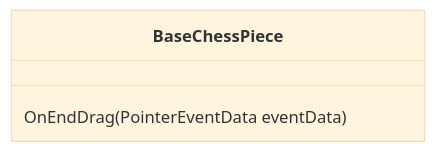
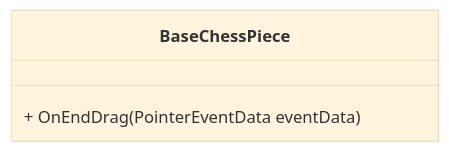
Before and after one commit to JL-40/Game_Engine_Assignment_1: the diagram in README.md, drawn with Mermaid (base theme).

````diff
--- a/README.md
+++ b/README.md
@@ -55,5 +55,5 @@
 ```mermaid
 classDiagram
-	BaseChessPiece : OnEndDrag(PointerEventData eventData)
+	BaseChessPiece : + OnEndDrag(PointerEventData eventData)
 	
 ```
````
